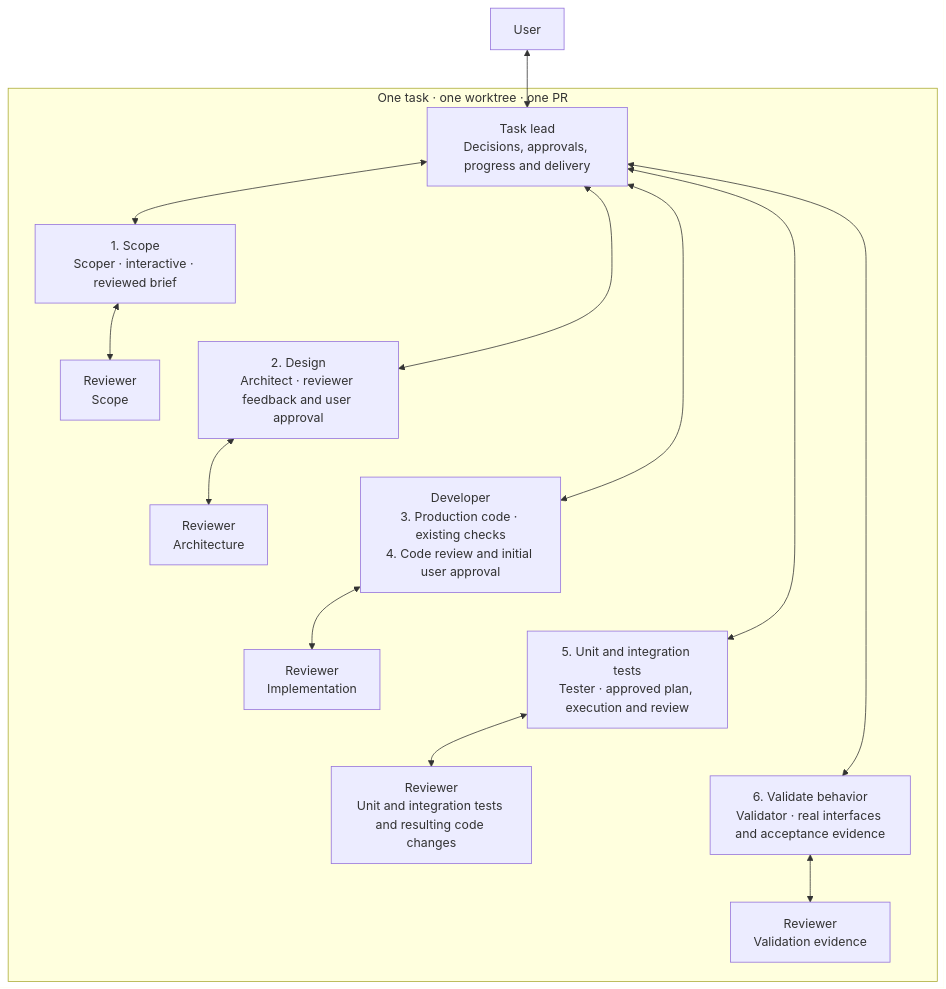
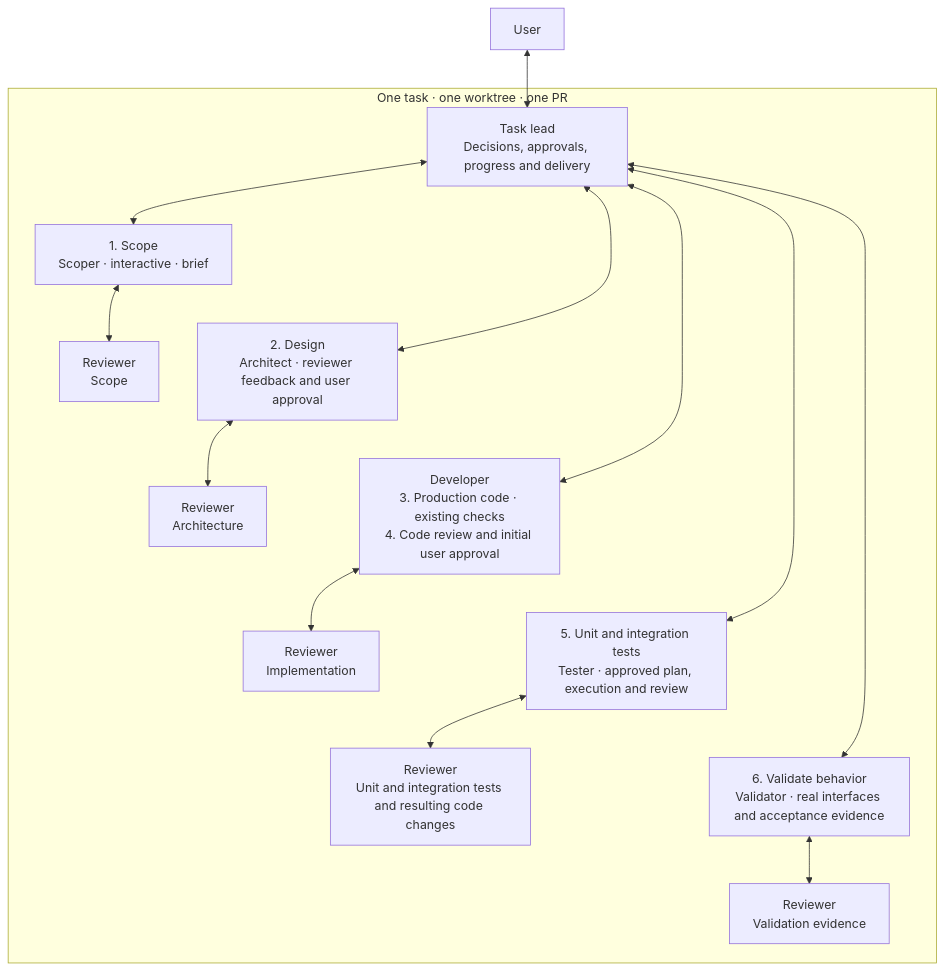
One commit to prasko/dogwatch changed the second of 3 diagrams in docs/2026-11-11-coordinated-agent-workflow.md. Above: the diagram before and after it, drawn with Mermaid. The commit also changed other lines of this file and 16 other files, not shown here.

````diff
--- a/docs/2026-11-11-coordinated-agent-workflow.md
+++ b/docs/2026-11-11-coordinated-agent-workflow.md
@@ -86,29 +86,29 @@
 ```mermaid
 flowchart TB
     U["User"] <--> L
     subgraph Task["One task · one worktree · one PR"]
         L["Task lead<br/>Decisions, approvals, progress and delivery"]
-        S["1. Scope<br/>Scoper · interactive · reviewed brief"]
+        S["1. Scope<br/>Scoper · interactive · brief"]
         A["2. Design<br/>Architect · reviewer feedback and user approval"]
         D["Developer<br/>3. Production code · existing checks<br/>4. Code review and initial user approval"]
         T["5. Unit and integration tests<br/>Tester · approved plan, execution and review"]
         V["6. Validate behavior<br/>Validator · real interfaces and acceptance evidence"]
         SR["Reviewer<br/>Scope"]
         AR["Reviewer<br/>Architecture"]
         DR["Reviewer<br/>Implementation"]
         TR["Reviewer<br/>Unit and integration tests and resulting code changes"]
         VR["Reviewer<br/>Validation evidence"]
         L <--> S
         L <--> A
         L <--> D
         L <--> T
         L <--> V
         S <--> SR
         A <--> AR
         D <--> DR
         T <--> TR
         V <--> VR
         %% Invisible layout links order stages without adding communication edges.
         S ~~~ A ~~~ D ~~~ T ~~~ V
     end
 ```
````
